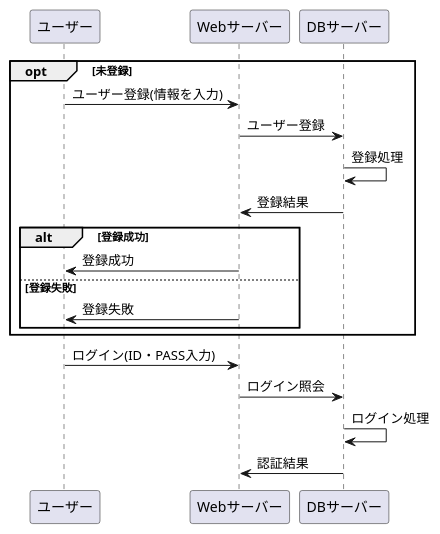
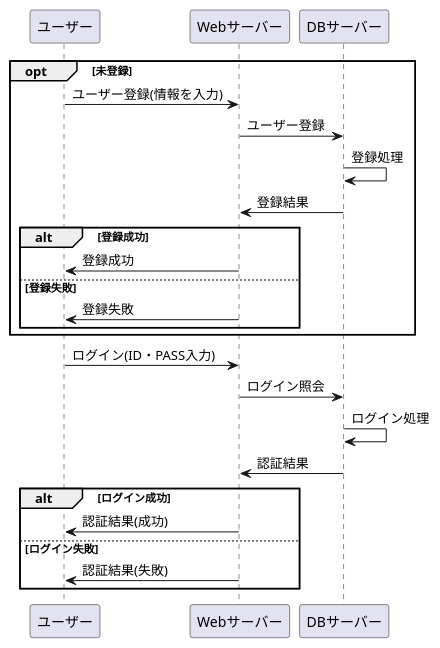
The diagram in 設計書/02_業務フロー/business-flow-check.md (Aso2001227/Aso-Sports-1), drawn with PlantUML before and after one commit.

````diff
--- a/設計書/02_業務フロー/business-flow-check.md
+++ b/設計書/02_業務フロー/business-flow-check.md
@@ -1,26 +1,31 @@
 ```uml
 @startuml
 opt 未登録
 ユーザー -> Webサーバー : ユーザー登録(情報を入力)
 Webサーバー -> DBサーバー : ユーザー登録
 DBサーバー -> DBサーバー : 登録処理
 DBサーバー -> Webサーバー : 登録結果
 
 
 
 
 
 
 
 alt 登録成功
 Webサーバー -> ユーザー : 登録成功
 else 登録失敗
 Webサーバー -> ユーザー : 登録失敗
 end
 end
 ユーザー -> Webサーバー : ログイン(ID・PASS入力)
 Webサーバー -> DBサーバー : ログイン照会
 DBサーバー -> DBサーバー : ログイン処理
 DBサーバー -> Webサーバー : 認証結果
+alt ログイン成功
+Webサーバー -> ユーザー : 認証結果(成功)
+else ログイン失敗
+Webサーバー -> ユーザー : 認証結果(失敗)
+end
 @enduml
 ```
````
